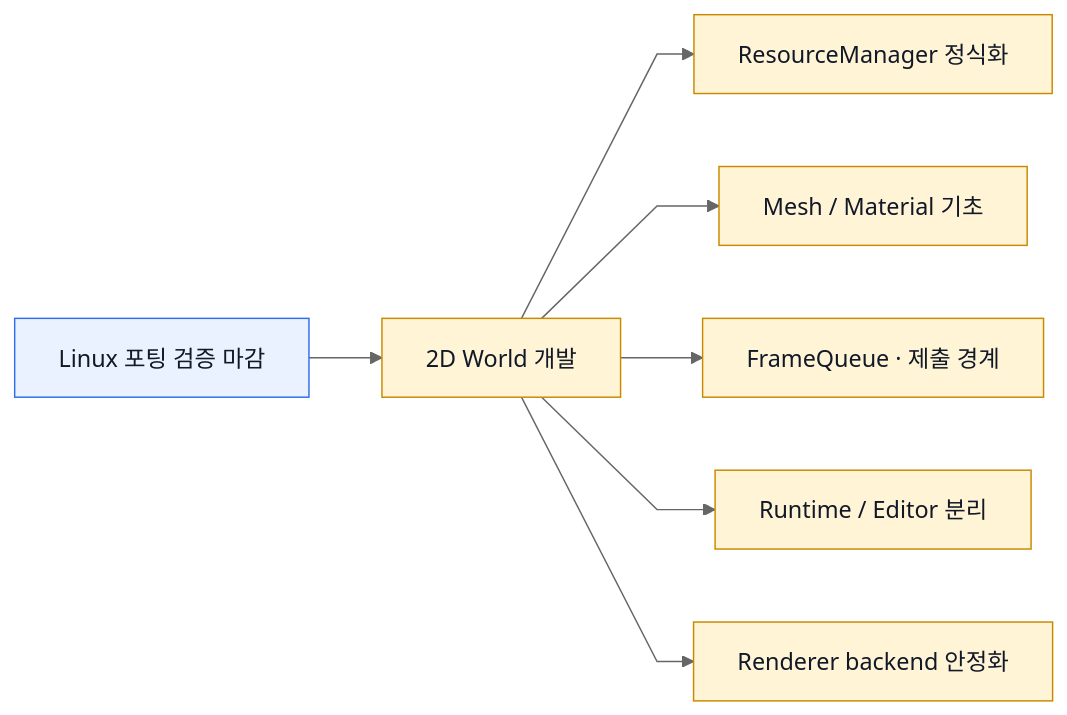
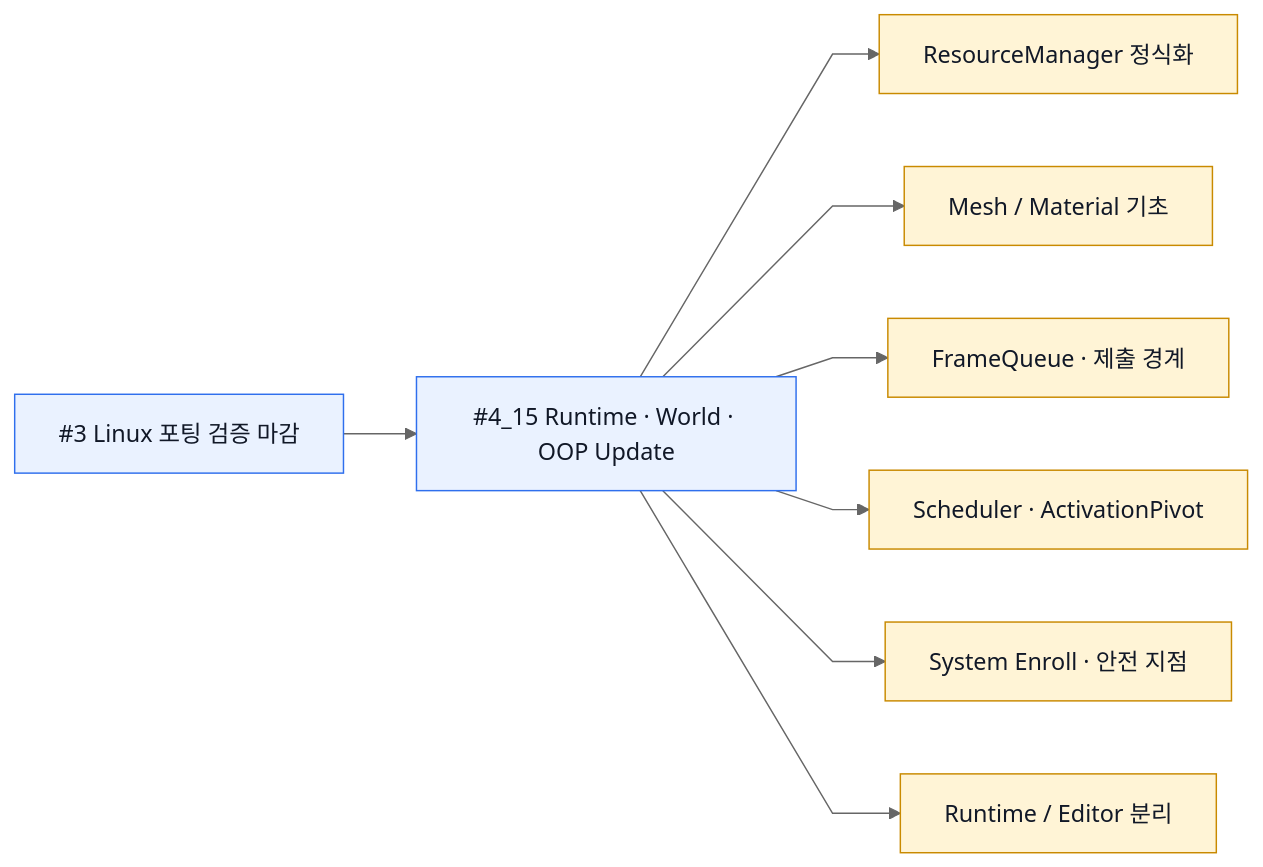
One commit to cyphen156/CyphenEngine changed the fourth of 4 diagrams in Docs/Architecture.md. Above: the diagram before and after it, drawn with Mermaid (neutral theme). The commit also changed other lines of this file and 20 other files, not shown here.

````diff
--- a/Docs/Architecture.md
+++ b/Docs/Architecture.md
@@ -124,15 +123,16 @@
 ```mermaid
 %%{init: {'flowchart': {'curve': 'linear'}}}%%
 flowchart LR
-    Close3["Linux 포팅 검증 마감"] --> Start4["2D World 개발"]
-    Start4 --> ResourceManager["ResourceManager 정식화"]
-    Start4 --> MeshMaterial["Mesh / Material 기초"]
-    Start4 --> FrameQueue["FrameQueue · 제출 경계"]
-    Start4 --> RuntimeEditor["Runtime / Editor 분리"]
-    Start4 --> RendererStable["Renderer backend 안정화"]
+    Close3["#3 Linux 포팅 검증 마감"] --> Runtime15["#4_15 Runtime · World · OOP Update"]
+    Runtime15 --> ResourceManager["ResourceManager 정식화"]
+    Runtime15 --> MeshMaterial["Mesh / Material 기초"]
+    Runtime15 --> FrameQueue["FrameQueue · 제출 경계"]
+    Runtime15 --> Scheduler["Scheduler · ActivationPivot"]
+    Runtime15 --> SystemEnroll["System Enroll · 안전 지점"]
+    Runtime15 --> RuntimeEditor["Runtime / Editor 분리"]
 
     classDef done fill:#eaf2ff,stroke:#2f6fed,color:#111827;
     classDef next fill:#fff4d6,stroke:#c98a00,color:#111827;
-    class Close3 done;
-    class Start4,ResourceManager,MeshMaterial,FrameQueue,RuntimeEditor,RendererStable next;
+    class Close3,Runtime15 done;
+    class ResourceManager,MeshMaterial,FrameQueue,Scheduler,SystemEnroll,RuntimeEditor next;
 ```
````
